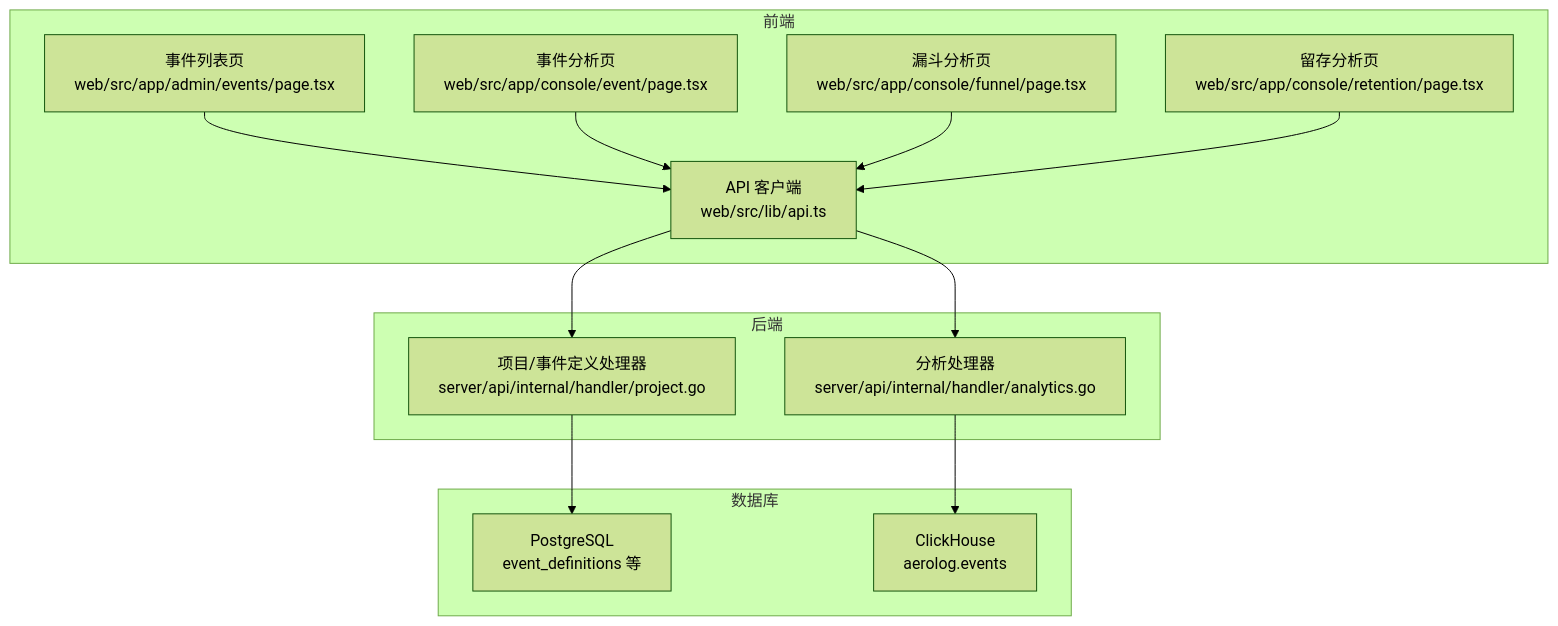
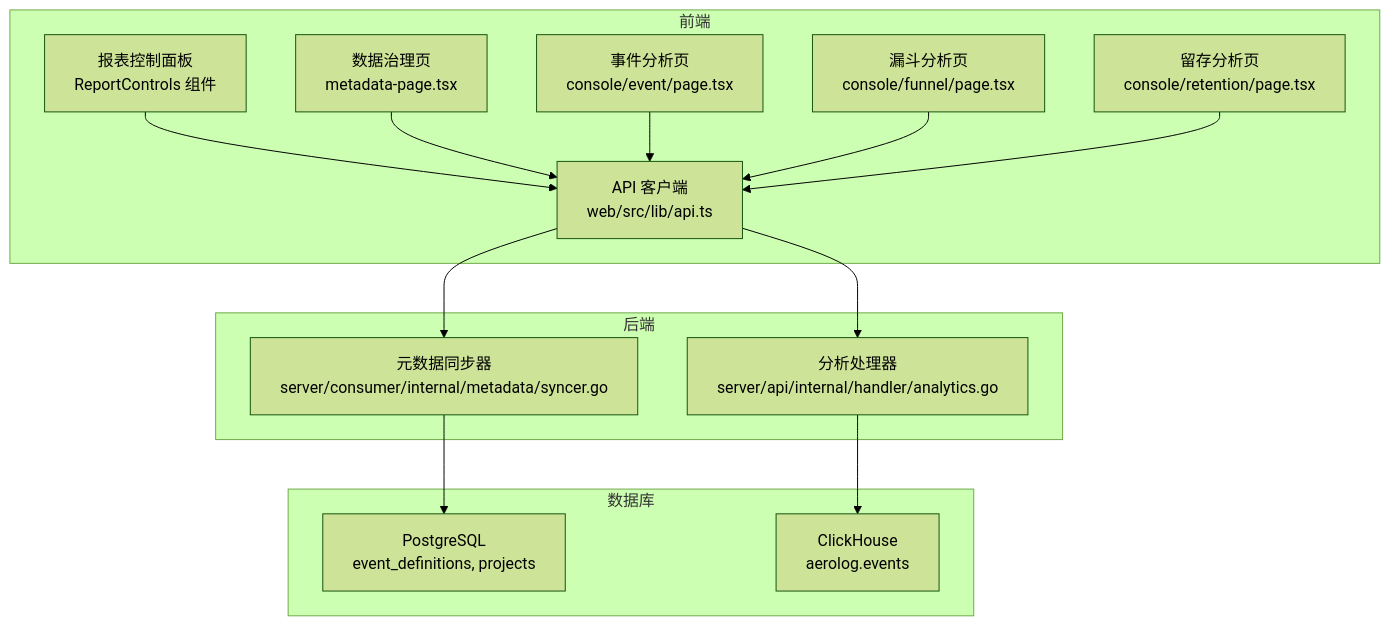
The first of 5 diagrams in .qoder/repowiki/zh/content/Web控制台/事件分析功能.md (zhen-zhong/AeroLog), drawn with Mermaid (forest theme) before and after one commit. The commit also changed other lines of this file and 26 other files, not shown here.

````diff
--- a/.qoder/repowiki/zh/content/Web控制台/事件分析功能.md
+++ b/.qoder/repowiki/zh/content/Web控制台/事件分析功能.md
@@ -37,26 +43,28 @@
 ```mermaid
 graph TB
 subgraph "前端"
-FE_Admin["事件列表页<br/>web/src/app/admin/events/page.tsx"]
-FE_Event["事件分析页<br/>web/src/app/console/event/page.tsx"]
-FE_Funnel["漏斗分析页<br/>web/src/app/console/funnel/page.tsx"]
-FE_Ret["留存分析页<br/>web/src/app/console/retention/page.tsx"]
+FE_ReportControls["报表控制面板<br/>ReportControls 组件"]
+FE_Metadata["数据治理页<br/>metadata-page.tsx"]
+FE_Event["事件分析页<br/>console/event/page.tsx"]
+FE_Funnel["漏斗分析页<br/>console/funnel/page.tsx"]
+FE_Ret["留存分析页<br/>console/retention/page.tsx"]
 FE_API["API 客户端<br/>web/src/lib/api.ts"]
 end
 subgraph "后端"
 API_H_Analytic["分析处理器<br/>server/api/internal/handler/analytics.go"]
-API_H_Project["项目/事件定义处理器<br/>server/api/internal/handler/project.go"]
+API_H_Metadata["元数据同步器<br/>server/consumer/internal/metadata/syncer.go"]
 end
 subgraph "数据库"
-PG["PostgreSQL<br/>event_definitions 等"]
+PG["PostgreSQL<br/>event_definitions, projects"]
 CH["ClickHouse<br/>aerolog.events"]
 end
-FE_Admin --> FE_API
+FE_ReportControls --> FE_API
+FE_Metadata --> FE_API
 FE_Event --> FE_API
 FE_Funnel --> FE_API
 FE_Ret --> FE_API
 FE_API --> API_H_Analytic
-FE_API --> API_H_Project
+FE_API --> API_H_Metadata
 API_H_Analytic --> CH
-API_H_Project --> PG
+API_H_Metadata --> PG
 ```
````
